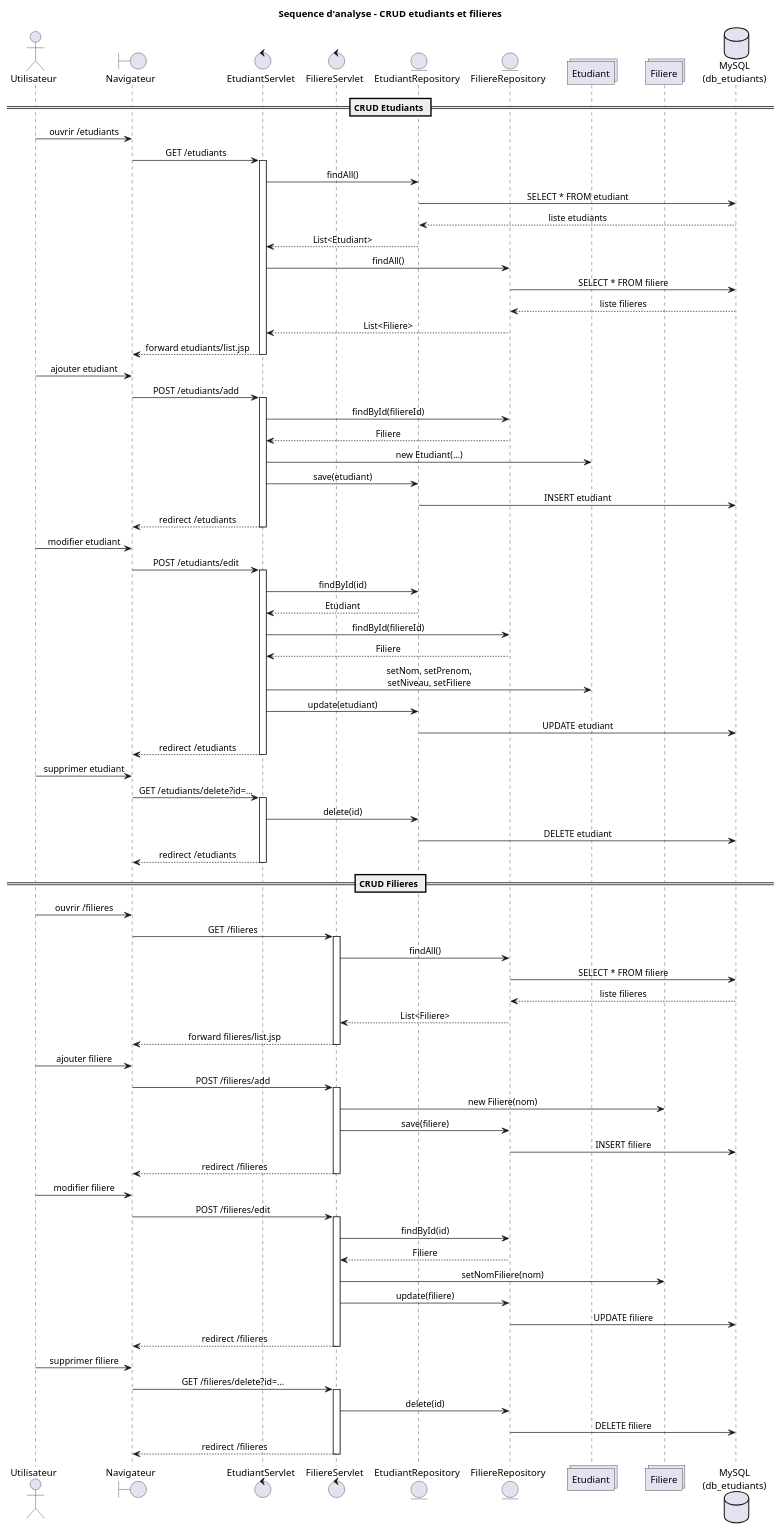
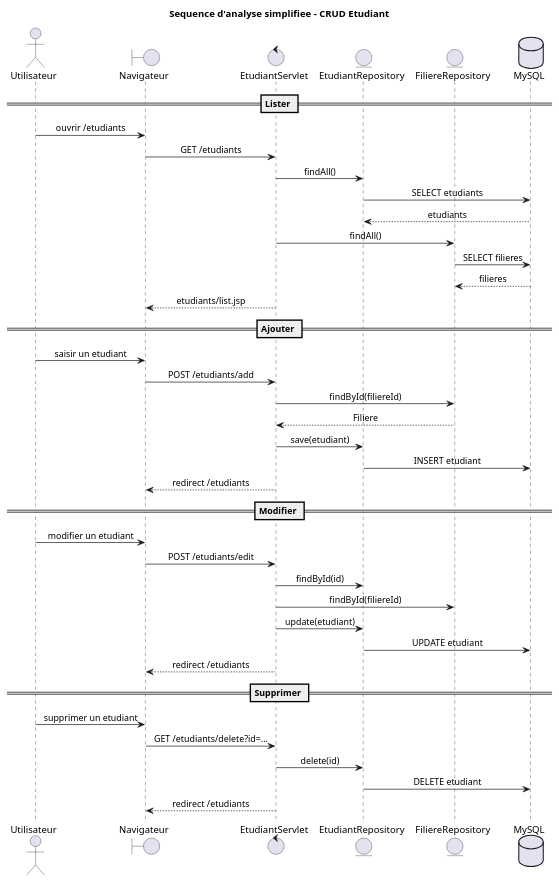
The diagram in docs/uml/sequence-analyse.puml (mehdidabaj/app-etudiant), drawn with PlantUML before and after one commit. The commit also changed 12 other files, not shown here.

Commit message:
Simplify UML diagrams around student CRUD

```diff
--- a/docs/uml/sequence-analyse.puml
+++ b/docs/uml/sequence-analyse.puml
@@ -1,104 +1,51 @@
 @startuml
-title Sequence d'analyse - CRUD etudiants et filieres
+title Sequence d'analyse simplifiee - CRUD Etudiant
 
 skinparam shadowing false
 skinparam sequenceMessageAlign center
 skinparam ParticipantPadding 16
 
 actor "Utilisateur" as User
 boundary "Navigateur" as Browser
-control "EtudiantServlet" as EtudiantServlet
-control "FiliereServlet" as FiliereServlet
+control "EtudiantServlet" as Servlet
 entity "EtudiantRepository" as EtudiantRepo
 entity "FiliereRepository" as FiliereRepo
-collections "Etudiant" as Etudiant
-collections "Filiere" as Filiere
-database "MySQL\n(db_etudiants)" as DB
+database "MySQL" as DB
 
-== CRUD Etudiants ==
+== Lister ==
 User -> Browser : ouvrir /etudiants
-Browser -> EtudiantServlet : GET /etudiants
-activate EtudiantServlet
-EtudiantServlet -> EtudiantRepo : findAll()
-EtudiantRepo -> DB : SELECT * FROM etudiant
-DB --> EtudiantRepo : liste etudiants
-EtudiantRepo --> EtudiantServlet : List<Etudiant>
-EtudiantServlet -> FiliereRepo : findAll()
-FiliereRepo -> DB : SELECT * FROM filiere
-DB --> FiliereRepo : liste filieres
-FiliereRepo --> EtudiantServlet : List<Filiere>
-EtudiantServlet --> Browser : forward etudiants/list.jsp
-deactivate EtudiantServlet
+Browser -> Servlet : GET /etudiants
+Servlet -> EtudiantRepo : findAll()
+EtudiantRepo -> DB : SELECT etudiants
+DB --> EtudiantRepo : etudiants
+Servlet -> FiliereRepo : findAll()
+FiliereRepo -> DB : SELECT filieres
+DB --> FiliereRepo : filieres
+Servlet --> Browser : etudiants/list.jsp
 
-User -> Browser : ajouter etudiant
-Browser -> EtudiantServlet : POST /etudiants/add
-activate EtudiantServlet
-EtudiantServlet -> FiliereRepo : findById(filiereId)
-FiliereRepo --> EtudiantServlet : Filiere
-EtudiantServlet -> Etudiant : new Etudiant(...)
-EtudiantServlet -> EtudiantRepo : save(etudiant)
+== Ajouter ==
+User -> Browser : saisir un etudiant
+Browser -> Servlet : POST /etudiants/add
+Servlet -> FiliereRepo : findById(filiereId)
+FiliereRepo --> Servlet : Filiere
+Servlet -> EtudiantRepo : save(etudiant)
 EtudiantRepo -> DB : INSERT etudiant
-EtudiantServlet --> Browser : redirect /etudiants
-deactivate EtudiantServlet
+Servlet --> Browser : redirect /etudiants
 
-User -> Browser : modifier etudiant
-Browser -> EtudiantServlet : POST /etudiants/edit
-activate EtudiantServlet
-EtudiantServlet -> EtudiantRepo : findById(id)
-EtudiantRepo --> EtudiantServlet : Etudiant
-EtudiantServlet -> FiliereRepo : findById(filiereId)
-FiliereRepo --> EtudiantServlet : Filiere
-EtudiantServlet -> Etudiant : setNom, setPrenom,\nsetNiveau, setFiliere
-EtudiantServlet -> EtudiantRepo : update(etudiant)
+== Modifier ==
+User -> Browser : modifier un etudiant
+Browser -> Servlet : POST /etudiants/edit
+Servlet -> EtudiantRepo : findById(id)
+Servlet -> FiliereRepo : findById(filiereId)
+Servlet -> EtudiantRepo : update(etudiant)
 EtudiantRepo -> DB : UPDATE etudiant
-EtudiantServlet --> Browser : redirect /etudiants
-deactivate EtudiantServlet
+Servlet --> Browser : redirect /etudiants
 
-User -> Browser : supprimer etudiant
-Browser -> EtudiantServlet : GET /etudiants/delete?id=...
-activate EtudiantServlet
-EtudiantServlet -> EtudiantRepo : delete(id)
+== Supprimer ==
+User -> Browser : supprimer un etudiant
+Browser -> Servlet : GET /etudiants/delete?id=...
+Servlet -> EtudiantRepo : delete(id)
 EtudiantRepo -> DB : DELETE etudiant
-EtudiantServlet --> Browser : redirect /etudiants
-deactivate EtudiantServlet
-
-== CRUD Filieres ==
-User -> Browser : ouvrir /filieres
-Browser -> FiliereServlet : GET /filieres
-activate FiliereServlet
-FiliereServlet -> FiliereRepo : findAll()
-FiliereRepo -> DB : SELECT * FROM filiere
-DB --> FiliereRepo : liste filieres
-FiliereRepo --> FiliereServlet : List<Filiere>
-FiliereServlet --> Browser : forward filieres/list.jsp
-deactivate FiliereServlet
-
-User -> Browser : ajouter filiere
-Browser -> FiliereServlet : POST /filieres/add
-activate FiliereServlet
-FiliereServlet -> Filiere : new Filiere(nom)
-FiliereServlet -> FiliereRepo : save(filiere)
-FiliereRepo -> DB : INSERT filiere
-FiliereServlet --> Browser : redirect /filieres
-deactivate FiliereServlet
-
-User -> Browser : modifier filiere
-Browser -> FiliereServlet : POST /filieres/edit
-activate FiliereServlet
-FiliereServlet -> FiliereRepo : findById(id)
-FiliereRepo --> FiliereServlet : Filiere
-FiliereServlet -> Filiere : setNomFiliere(nom)
-FiliereServlet -> FiliereRepo : update(filiere)
-FiliereRepo -> DB : UPDATE filiere
-FiliereServlet --> Browser : redirect /filieres
-deactivate FiliereServlet
-
-User -> Browser : supprimer filiere
-Browser -> FiliereServlet : GET /filieres/delete?id=...
-activate FiliereServlet
-FiliereServlet -> FiliereRepo : delete(id)
-FiliereRepo -> DB : DELETE filiere
-FiliereServlet --> Browser : redirect /filieres
-deactivate FiliereServlet
+Servlet --> Browser : redirect /etudiants
 
 @enduml
```
